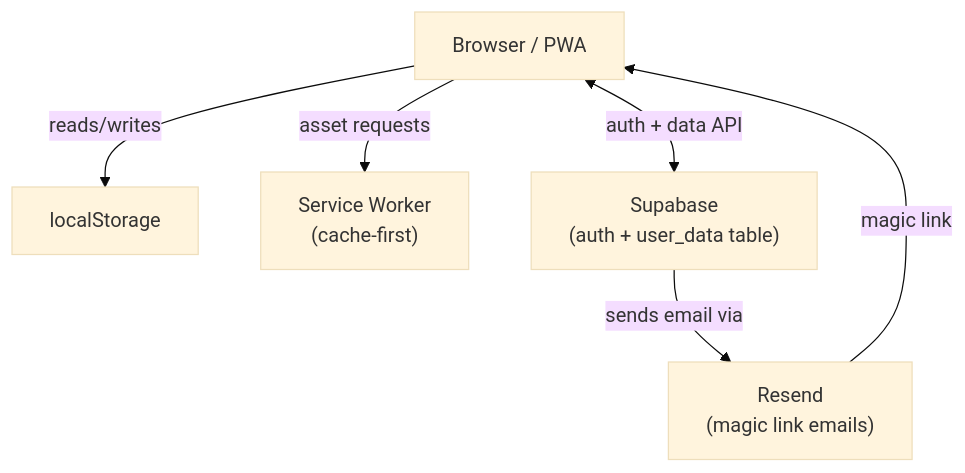
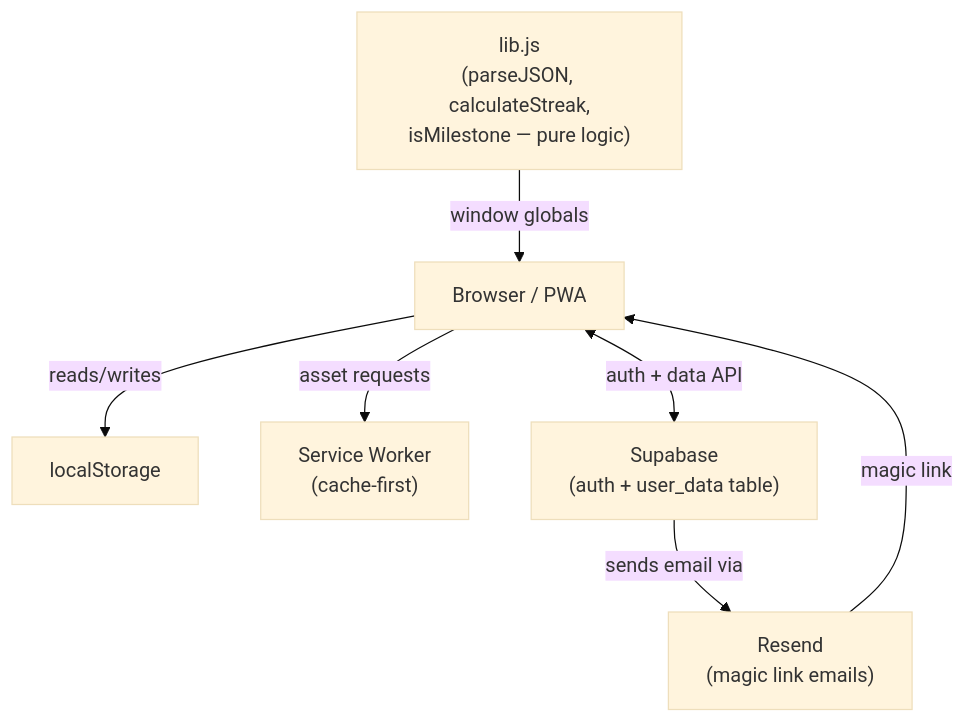
Before and after one commit to mwh-max/onesmallhoof: the first of 9 diagrams in DIAGRAMS.md, drawn with Mermaid (base theme). The commit also changed other lines of this file and 1 other file, not shown here.

First line of the commit message:
Update README and DIAGRAMS to reflect lib.js extraction

````diff
--- a/DIAGRAMS.md
+++ b/DIAGRAMS.md
@@ -7,14 +7,16 @@
 ```mermaid
 graph TD
     Browser["Browser / PWA"]
     LS["localStorage"]
     SW["Service Worker\n(cache-first)"]
     SB["Supabase\n(auth + user_data table)"]
     RS["Resend\n(magic link emails)"]
+    LIB["lib.js\n(parseJSON, calculateStreak,\nisMilestone — pure logic)"]
 
     Browser -->|reads/writes| LS
     Browser -->|asset requests| SW
     Browser <-->|auth + data API| SB
     SB -->|sends email via| RS
     RS -->|magic link| Browser
+    LIB -->|window globals| Browser
 ```
````
